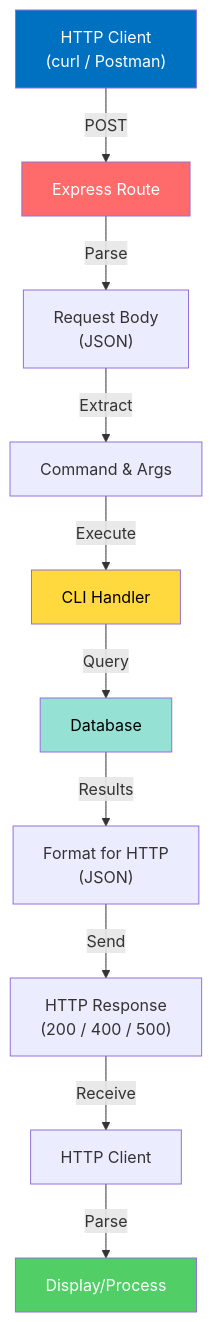
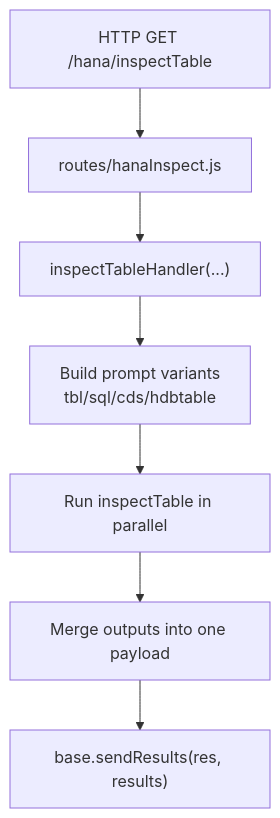
Before and after one commit to SAP-samples/hana-developer-cli-tool-example: the third of 5 diagrams in docs/04-api-reference/command-flows.md, drawn with Mermaid. The commit also changed other lines of this file and 4 other files, not shown here.

First line of the commit message:
Refactor HTTP Routes Documentation and Swagger Implementation

````diff
--- a/docs/04-api-reference/command-flows.md
+++ b/docs/04-api-reference/command-flows.md
@@ -210,18 +34,9 @@
 ```mermaid
 graph TD
-    A["HTTP Client<br/>(curl / Postman)"] -->|POST| B["Express Route"]
-    B -->|Parse| C["Request Body<br/>(JSON)"]
-    C -->|Extract| D["Command & Args"]
-    D -->|Execute| E["CLI Handler"]
-    E -->|Query| F["Database"]
-    F -->|Results| G["Format for HTTP<br/>(JSON)"]
-    G -->|Send| H["HTTP Response<br/>(200 / 400 / 500)"]
-    H -->|Receive| I["HTTP Client"]
-    I -->|Parse| J["Display/Process"]
-    
-    style A fill:#0070C0,color:#fff
-    style B fill:#FF6B6B,color:#fff
-    style E fill:#FFD93D,color:#000
-    style F fill:#95E1D3,color:#000
-    style J fill:#51CF66,color:#fff
+    A["HTTP GET /hana/inspectTable"] --> B["routes/hanaInspect.js"]
+    B --> C["inspectTableHandler(...)"]
+    C --> D["Build prompt variants<br/>tbl/sql/cds/hdbtable"]
+    D --> E["Run inspectTable in parallel"]
+    E --> F["Merge outputs into one payload"]
+    F --> G["base.sendResults(res, results)"]
 ```
````
